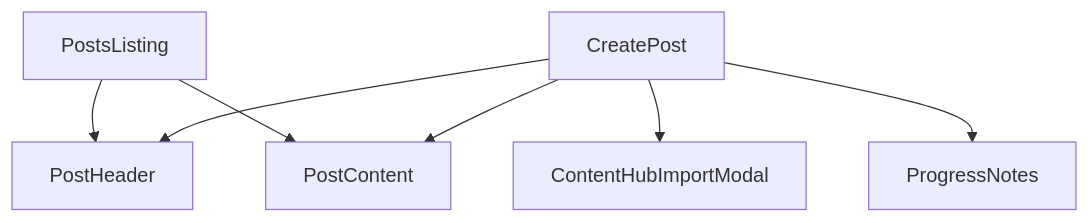
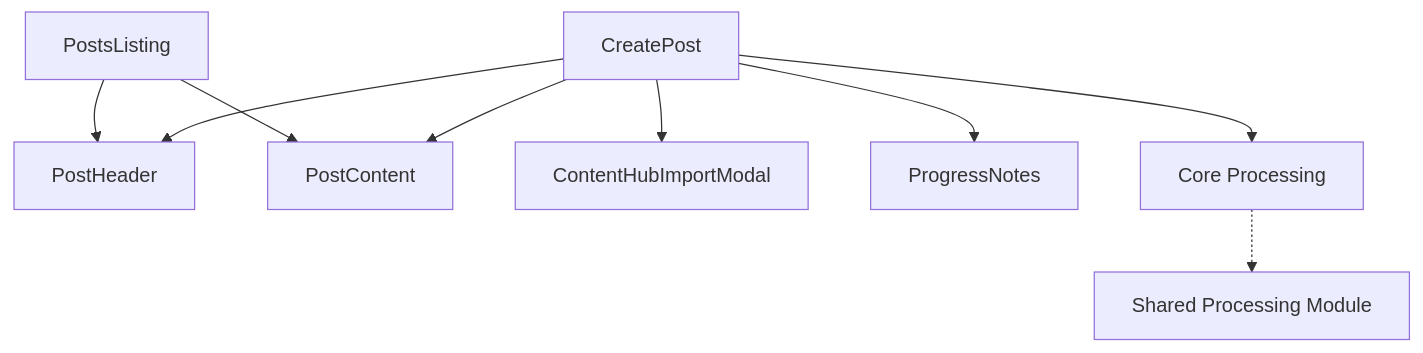
One commit to Mawla/Mozzy changed the diagram in docs/features/posts/architecture.md. Above: the diagram before and after it, drawn with Mermaid. The commit also changed other lines of this file and 28 other files, not shown here.

Commit message:
refactor(core-processing): remove unnecessary performance testing - Remove test file and update docs

````diff
--- a/docs/features/posts/architecture.md
+++ b/docs/features/posts/architecture.md
@@ -21,9 +23,11 @@
 ```mermaid
 graph TD
     A[PostsListing] --> B[PostHeader]
     A --> C[PostContent]
     D[CreatePost] --> B
     D --> C
     D --> E[ContentHubImportModal]
     D --> F[ProgressNotes]
+    D --> G[Core Processing]
+    G -.-> H[Shared Processing Module]
 ```
````
